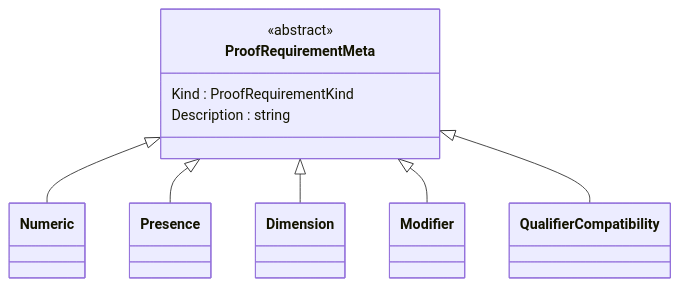
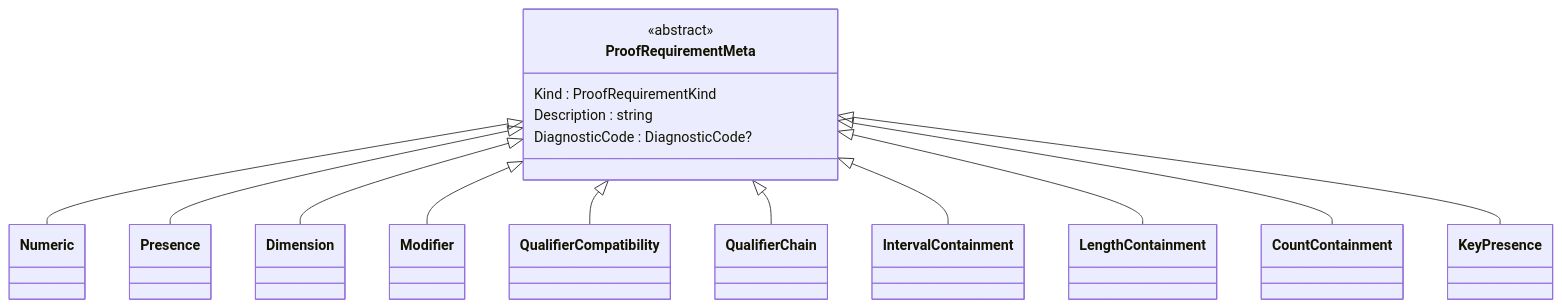
The fifth of 6 diagrams in docs/language/catalog-system.md (sfalik/Precept), drawn with Mermaid before and after one commit. The commit also changed other lines of this file and 41 other files, not shown here.

````diff
--- a/docs/language/catalog-system.md
+++ b/docs/language/catalog-system.md
@@ -515,18 +550,29 @@
 ```mermaid
 classDiagram
     class ProofRequirementMeta {
         <<abstract>>
         Kind : ProofRequirementKind
         Description : string
+        DiagnosticCode : DiagnosticCode?
     }
     class Numeric { }
     class Presence { }
     class Dimension { }
     class Modifier { }
     class QualifierCompatibility { }
+    class QualifierChain { }
+    class IntervalContainment { }
+    class LengthContainment { }
+    class CountContainment { }
+    class KeyPresence { }
     ProofRequirementMeta <|-- Numeric
     ProofRequirementMeta <|-- Presence
     ProofRequirementMeta <|-- Dimension
     ProofRequirementMeta <|-- Modifier
     ProofRequirementMeta <|-- QualifierCompatibility
+    ProofRequirementMeta <|-- QualifierChain
+    ProofRequirementMeta <|-- IntervalContainment
+    ProofRequirementMeta <|-- LengthContainment
+    ProofRequirementMeta <|-- CountContainment
+    ProofRequirementMeta <|-- KeyPresence
 ```
````
